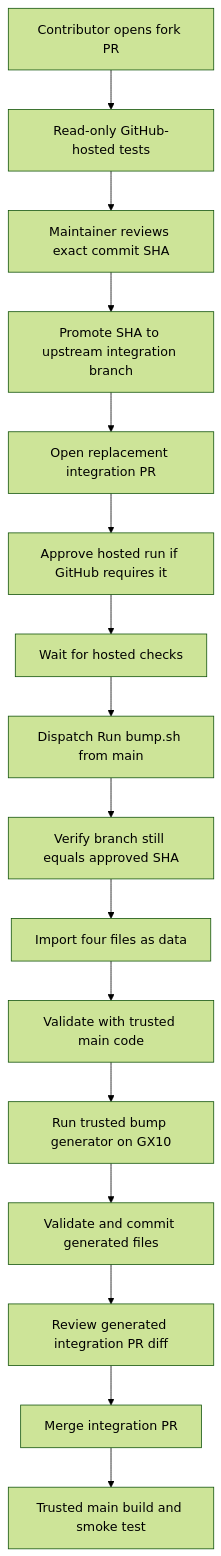
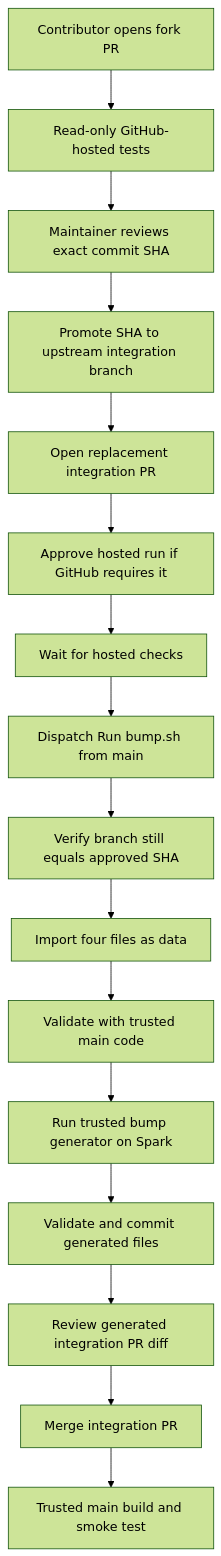
The diagram in docs/contributor-ci-security.md (timothystewart6/vllm-gb10), drawn with Mermaid (forest theme) before and after one commit. The commit also changed other lines of this file and 4 other files, not shown here.

````diff
--- a/docs/contributor-ci-security.md
+++ b/docs/contributor-ci-security.md
@@ -28,18 +28,18 @@
 ```mermaid
 flowchart TD
     A[Contributor opens fork PR] --> B[Read-only GitHub-hosted tests]
     B --> C[Maintainer reviews exact commit SHA]
     C --> D[Promote SHA to upstream integration branch]
     D --> E[Open replacement integration PR]
     E --> F[Approve hosted run if GitHub requires it]
     F --> G[Wait for hosted checks]
     G --> H[Dispatch Run bump.sh from main]
     H --> I[Verify branch still equals approved SHA]
     I --> J[Import four files as data]
     J --> K[Validate with trusted main code]
-    K --> L[Run trusted bump generator on GX10]
+    K --> L[Run trusted bump generator on Spark]
     L --> M[Validate and commit generated files]
     M --> N[Review generated integration PR diff]
     N --> O[Merge integration PR]
     O --> P[Trusted main build and smoke test]
 ```
````
